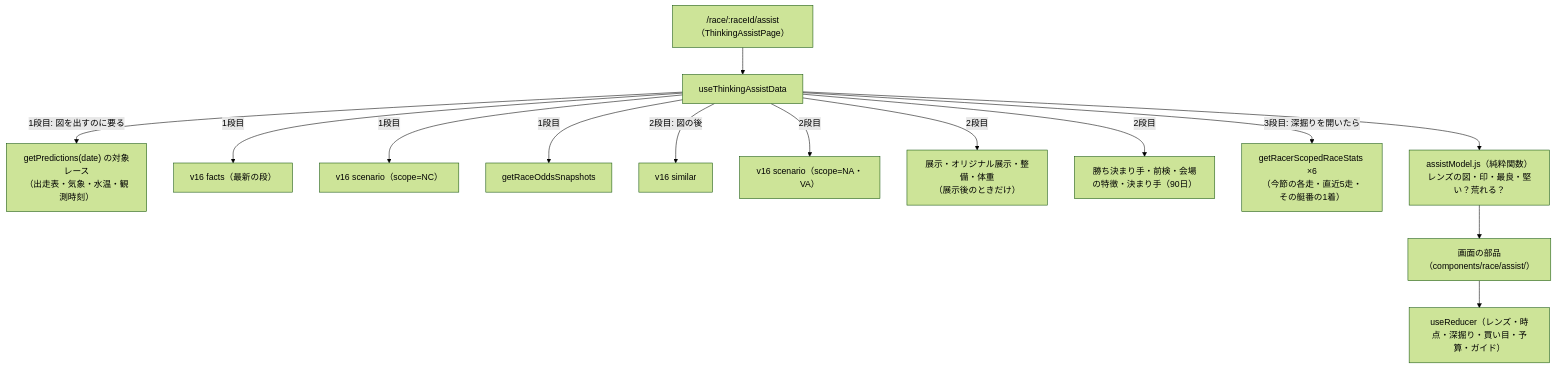
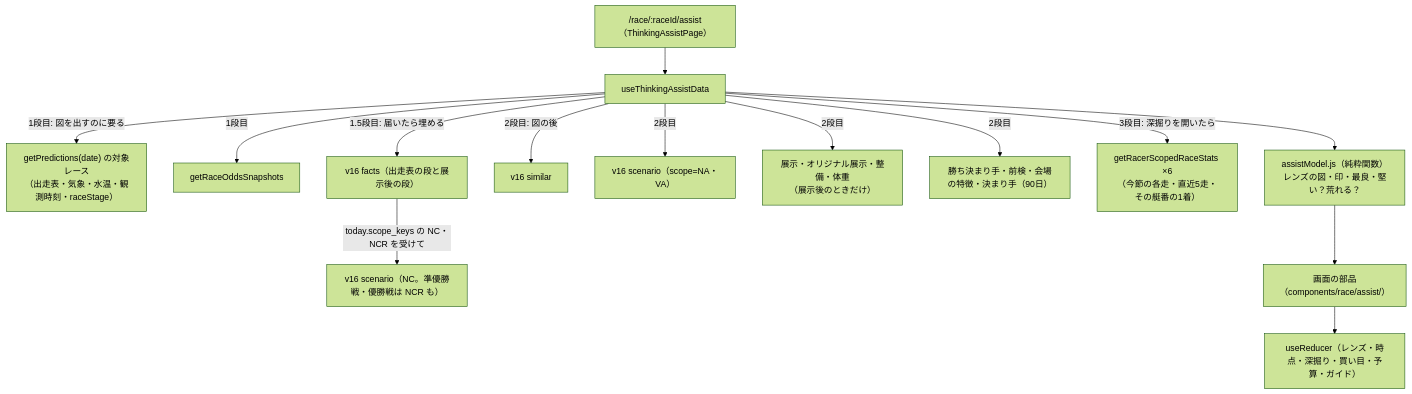
The first of 2 diagrams in docs/design/thinking-assist/plan.md (rhapsody0919/boatrace-ai-predictor), drawn with Mermaid (forest theme) before and after one commit. The commit also changed other lines of this file and 6 other files, not shown here.

````diff
--- a/docs/design/thinking-assist/plan.md
+++ b/docs/design/thinking-assist/plan.md
@@ -39,16 +39,16 @@
 ```mermaid
 flowchart TD
   R["/race/:raceId/assist（ThinkingAssistPage）"] --> H[useThinkingAssistData]
-  H -->|1段目: 図を出すのに要る| A1["getPredictions(date) の対象レース<br/>（出走表・気象・水温・観測時刻）"]
-  H -->|1段目| A2["v16 facts（最新の段）"]
-  H -->|1段目| A3["v16 scenario（scope=NC）"]
+  H -->|1段目: 図を出すのに要る| A1["getPredictions(date) の対象レース<br/>（出走表・気象・水温・観測時刻・raceStage）"]
   H -->|1段目| A4["getRaceOddsSnapshots"]
+  H -->|1.5段目: 届いたら埋める| A2["v16 facts（出走表の段と展示後の段）"]
+  A2 -->|today.scope_keys の NC・NCR を受けて| A3["v16 scenario（NC。準優勝戦・優勝戦は NCR も）"]
   H -->|2段目: 図の後| B1["v16 similar"]
   H -->|2段目| B2["v16 scenario（scope=NA・VA）"]
   H -->|2段目| B3["展示・オリジナル展示・整備・体重<br/>（展示後のときだけ）"]
   H -->|2段目| B4["勝ち決まり手・前検・会場の特徴・決まり手（90日）"]
   H -->|3段目: 深掘りを開いたら| C1["getRacerScopedRaceStats ×6<br/>（今節の各走・直近5走・その艇番の1着）"]
   H --> M["assistModel.js（純粋関数）<br/>レンズの図・印・最良・堅い？荒れる？"]
   M --> V["画面の部品（components/race/assist/）"]
   V --> S["useReducer（レンズ・時点・深掘り・買い目・予算・ガイド）"]
 ```
````
